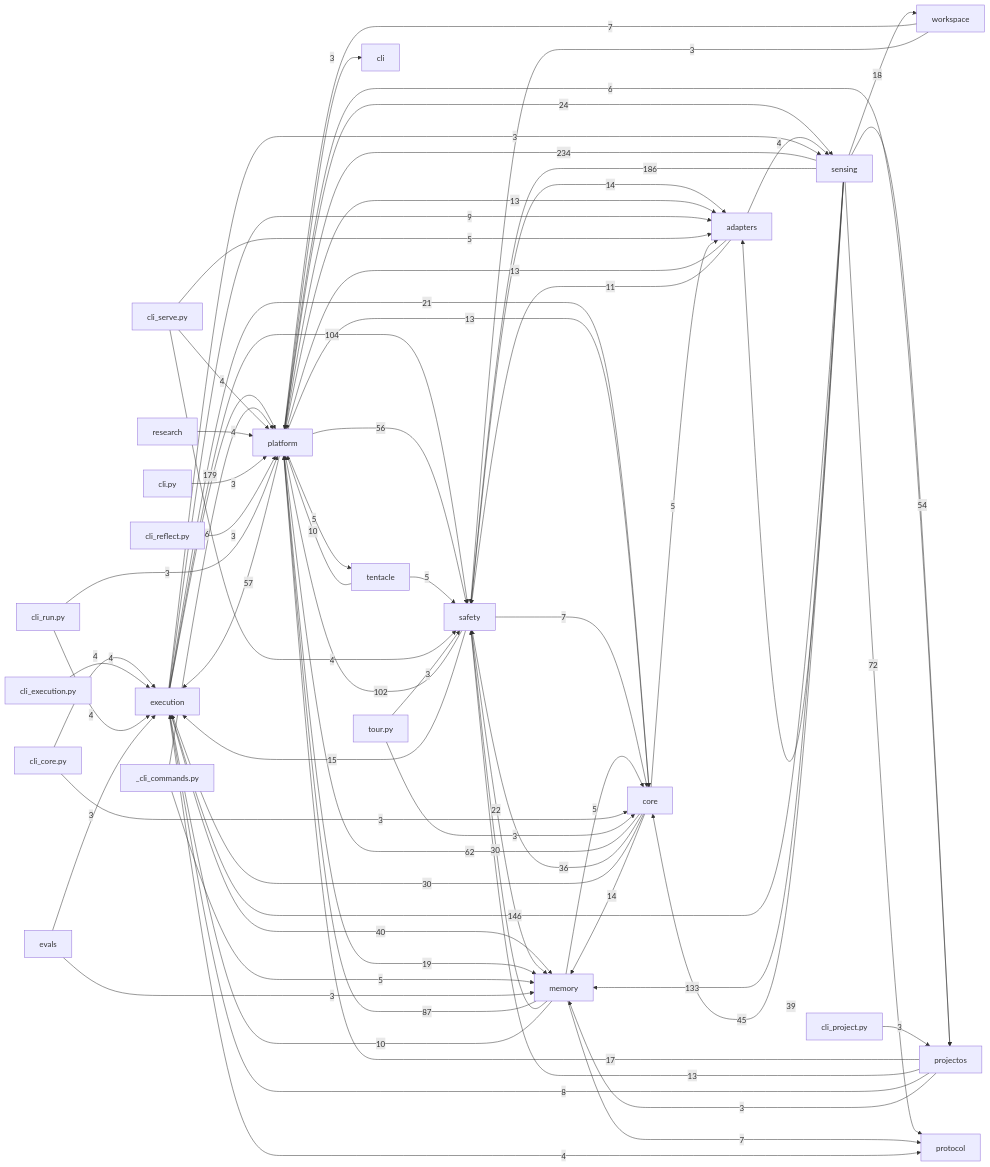
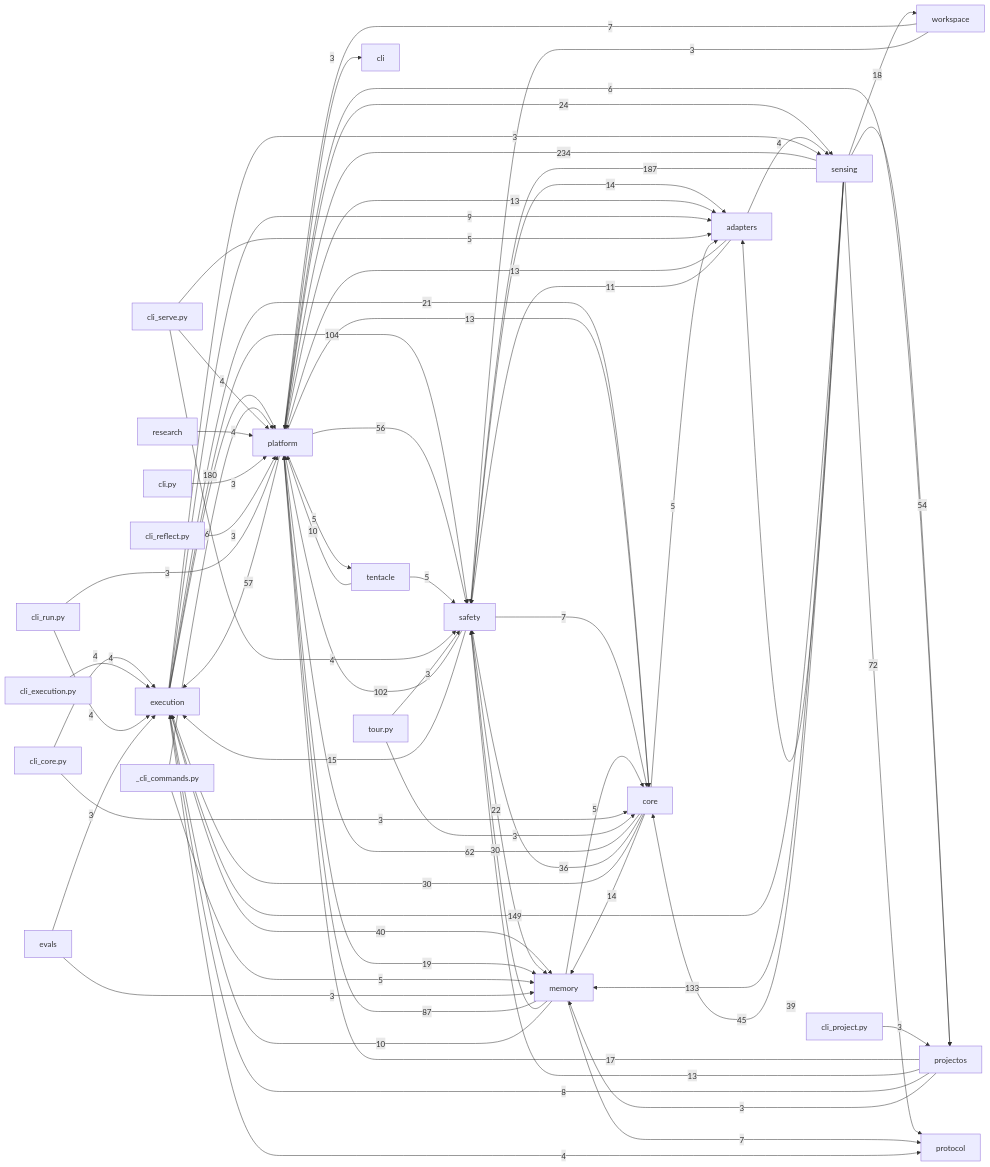
One commit to dengdenghua/echo-ai changed the diagram in docs/auto/20-backend/index.md. Above: the diagram before and after it, drawn with Mermaid. The commit also changed 155 other files, not shown here.

````diff
--- a/docs/auto/20-backend/index.md
+++ b/docs/auto/20-backend/index.md
@@ -26,79 +26,79 @@
 ```mermaid
 graph LR
   execution[execution]
   core[core]
   safety[safety]
   memory[memory]
   sensing[sensing]
   adapters[adapters]
   platform[platform]
   sensing -- 234 --> platform
-  sensing -- 186 --> safety
-  execution -- 179 --> platform
-  sensing -- 146 --> execution
+  sensing -- 187 --> safety
+  execution -- 180 --> platform
+  sensing -- 149 --> execution
   sensing -- 133 --> memory
   execution -- 104 --> safety
   safety -- 102 --> platform
   memory -- 87 --> platform
   sensing -- 72 --> protocol
   core -- 62 --> platform
   platform -- 57 --> execution
   platform -- 56 --> safety
   sensing -- 54 --> projectos
   sensing -- 45 --> core
   execution -- 40 --> memory
   sensing -- 39 --> adapters
   core -- 36 --> safety
   core -- 30 --> execution
   memory -- 30 --> safety
   platform -- 24 --> sensing
   safety -- 22 --> memory
   execution -- 21 --> core
   platform -- 19 --> memory
   sensing -- 18 --> workspace
   projectos -- 17 --> platform
   safety -- 15 --> execution
   core -- 14 --> memory
   safety -- 14 --> adapters
   adapters -- 13 --> platform
   platform -- 13 --> adapters
   platform -- 13 --> core
   projectos -- 13 --> safety
   adapters -- 11 --> safety
   memory -- 10 --> execution
   tentacle -- 10 --> platform
   execution -- 9 --> adapters
   projectos -- 8 --> execution
   memory -- 7 --> protocol
   safety -- 7 --> core
   workspace -- 7 --> platform
   _cli_commands.py -- 6 --> platform
   platform -- 6 --> projectos
   _cli_commands.py -- 5 --> memory
   cli_serve.py -- 5 --> adapters
   core -- 5 --> adapters
   memory -- 5 --> core
   platform -- 5 --> tentacle
   tentacle -- 5 --> safety
   adapters -- 4 --> sensing
   cli_core.py -- 4 --> execution
   cli_execution.py -- 4 --> execution
   cli_run.py -- 4 --> execution
   cli_serve.py -- 4 --> platform
   cli_serve.py -- 4 --> safety
   execution -- 4 --> protocol
   research -- 4 --> platform
   cli.py -- 3 --> platform
   cli_core.py -- 3 --> core
   cli_project.py -- 3 --> projectos
   cli_reflect.py -- 3 --> platform
   cli_run.py -- 3 --> platform
   evals -- 3 --> execution
   evals -- 3 --> memory
   execution -- 3 --> sensing
   platform -- 3 --> cli
   projectos -- 3 --> memory
   tour.py -- 3 --> core
   tour.py -- 3 --> safety
   workspace -- 3 --> safety
 ```
````
